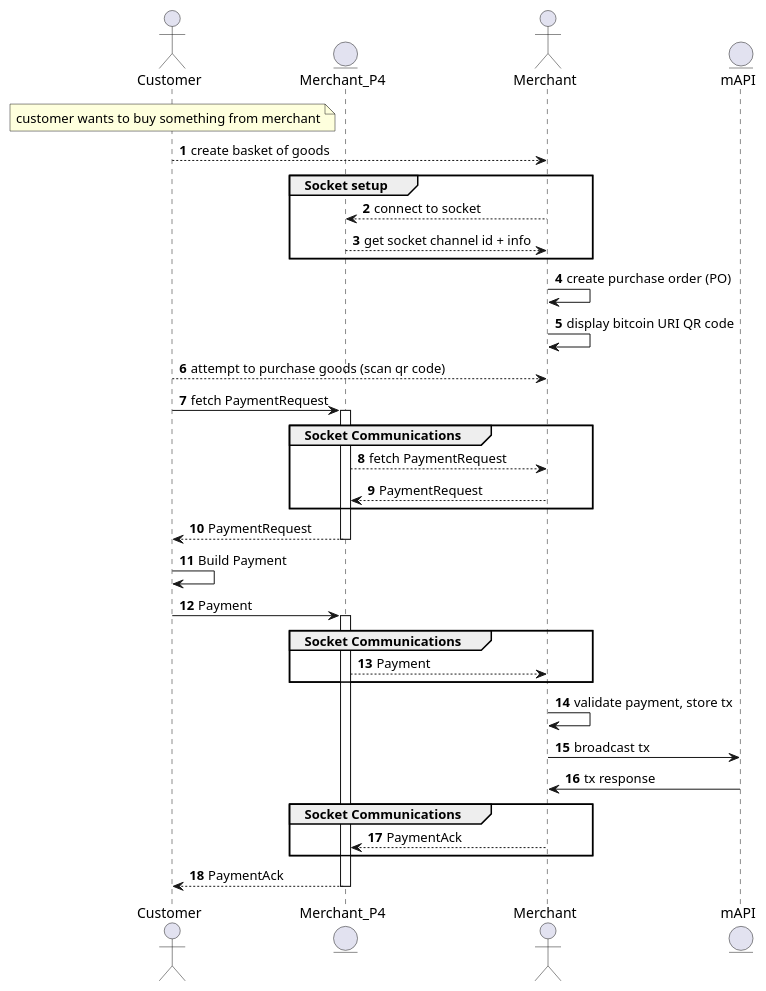
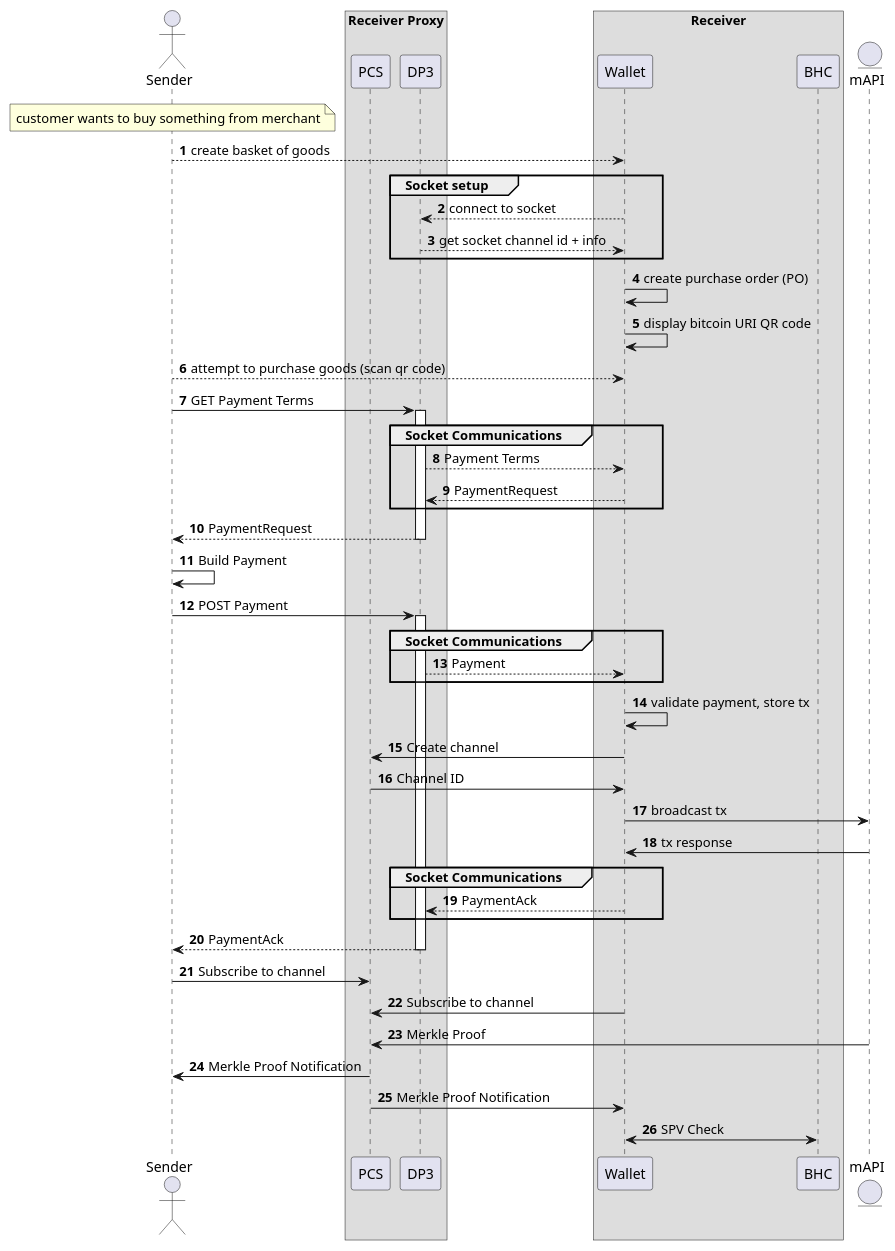
Before and after one commit to libsv/payd: the second of 2 diagrams in docs/README.md, drawn with PlantUML. The commit also changed other lines of this file and 2 other files, not shown here.

Commit message:
docs: update plantuml with latest dpp changes

````diff
--- a/docs/README.md
+++ b/docs/README.md
@@ -86,46 +86,68 @@
 ```plantuml
 @startuml 
 
-Actor Customer
-Entity Merchant_P4
-Actor Merchant
+Actor Sender
+
+box Receiver Proxy
+Participant PCS
+Participant DP3
+end box
+
+box Receiver
+Participant Wallet
+Participant BHC
+end box
+
 Entity mAPI
 
-note over Customer: customer wants to buy something from merchant
+note over Sender: customer wants to buy something from merchant
 
 autonumber
-Customer-->Merchant: create basket of goods
+Sender-->Wallet: create basket of goods
 
 group Socket setup
-Merchant --> Merchant_P4: connect to socket
-Merchant_P4 --> Merchant: get socket channel id + info
+Wallet --> DP3: connect to socket
+DP3 --> Wallet: get socket channel id + info
 end
 
-Merchant -> Merchant: create purchase order (PO)
-Merchant -> Merchant: display bitcoin URI QR code
+Wallet -> Wallet: create purchase order (PO)
+Wallet -> Wallet: display bitcoin URI QR code
 
-Customer --> Merchant: attempt to purchase goods (scan qr code)
-Customer -> Merchant_P4 ++: fetch PaymentRequest
+Sender --> Wallet: attempt to purchase goods (scan qr code)
+Sender -> DP3 ++: GET Payment Terms
 
 group Socket Communications
-Merchant_P4 --> Merchant: fetch PaymentRequest
-Merchant --> Merchant_P4: PaymentRequest
+DP3 --> Wallet: Payment Terms
+Wallet --> DP3: PaymentRequest
 end
 return PaymentRequest
 
-Customer -> Customer: Build Payment
-Customer -> Merchant_P4 ++: Payment
+Sender -> Sender: Build Payment
+Sender -> DP3 ++: POST Payment
 group Socket Communications
-Merchant_P4 --> Merchant: Payment
+DP3 --> Wallet: Payment
 end
 
-Merchant -> Merchant: validate payment, store tx
-Merchant -> mAPI: broadcast tx
-mAPI -> Merchant: tx response
+Wallet -> Wallet: validate payment, store tx
+
+Wallet -> PCS: Create channel
+PCS -> Wallet: Channel ID
+
+Wallet -> mAPI: broadcast tx
+mAPI -> Wallet: tx response
 
 group Socket Communications
-Merchant --> Merchant_P4: PaymentAck
+Wallet --> DP3: PaymentAck
 end
 return PaymentAck 
+
+Sender -> PCS: Subscribe to channel
+Wallet -> PCS: Subscribe to channel
+mAPI -> PCS: Merkle Proof
+PCS -> Sender: Merkle Proof Notification
+PCS -> Wallet: Merkle Proof Notification
+
+Wallet <-> BHC: SPV Check
+
 @enduml
 ```
````
